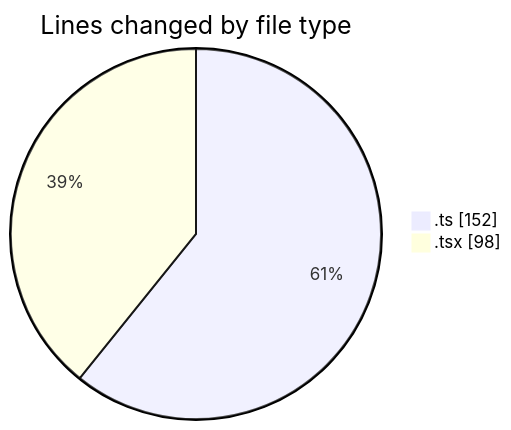
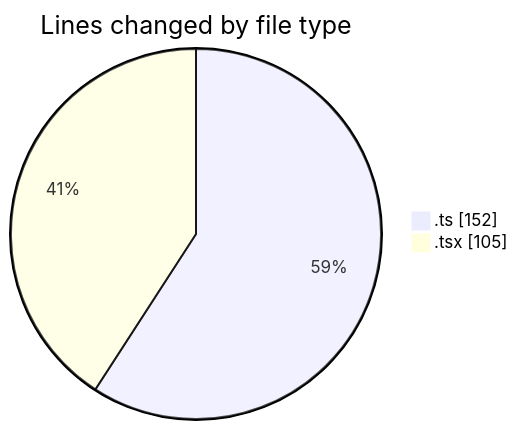
One commit to julien-gomy/code-tracking changed the first of 2 diagrams in 2025-10-22/eventscop-frontend-guide__workspace_/README.md. Above: the diagram before and after it, drawn with Mermaid. The commit also changed other lines of this file and 1 other file, not shown here.

````diff
--- a/2025-10-22/eventscop-frontend-guide__workspace_/README.md
+++ b/2025-10-22/eventscop-frontend-guide__workspace_/README.md
@@ -26,6 +26,6 @@
 ```mermaid
 pie showData
 title Lines changed by file type
 ".ts" : 152
-".tsx" : 98
+".tsx" : 105
 ```
````
